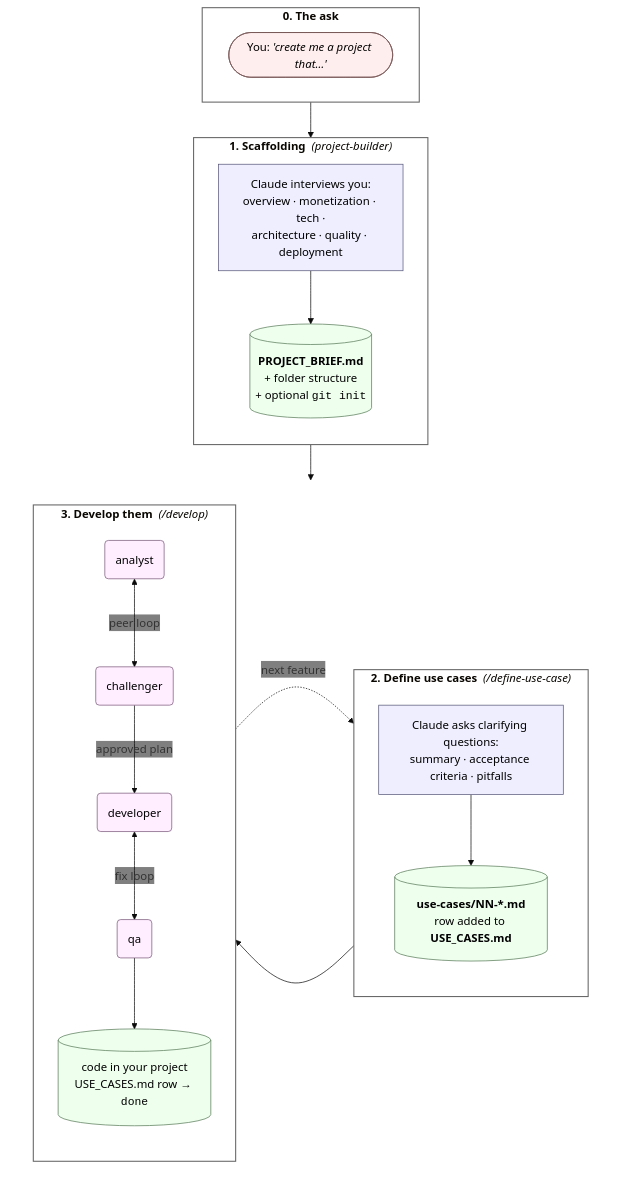
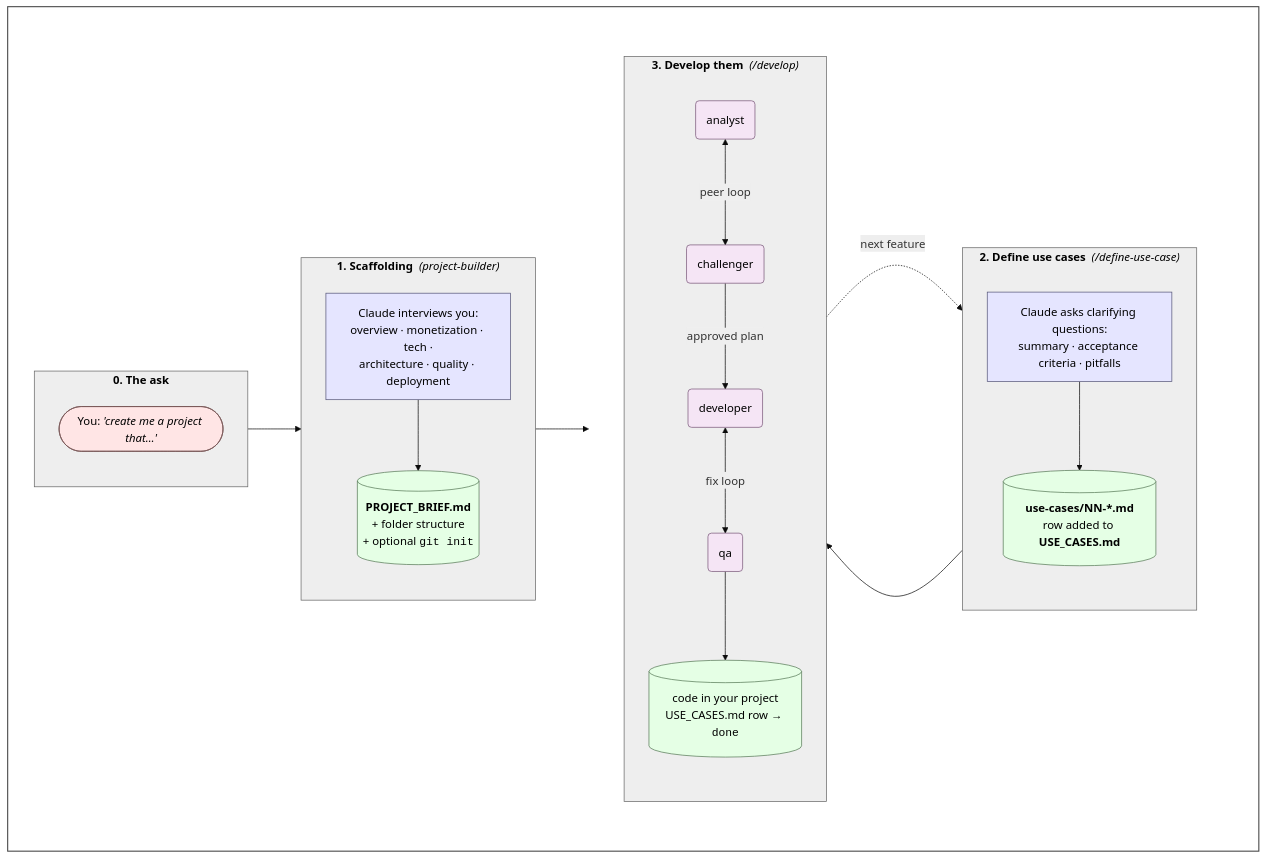
The diagram in README.md (HaroldHormaechea/project-builder), drawn with Mermaid before and after one commit.

Commit message:
Improve readme graph

````diff
--- a/README.md
+++ b/README.md
@@ -18,54 +18,59 @@
 ```mermaid
-%%{init: {'theme':'base', 'themeVariables': {'background':'#f4f4f4','edgeLabelBackground':'transparent'}}}%%
+%%{init: {'theme':'base','themeVariables':{'edgeLabelBackground':'#eeeeee'}}}%%
 flowchart TB
 
-    subgraph p0 ["<b>0. The ask</b>"]
-      user(["You: <i>'create me a project that…'</i>"])
+    subgraph all [" "]
+
+      subgraph p0 ["<b>0. The ask</b>"]
+        user(["You: <i>'create me a project that…'</i>"])
+      end
+
+      p0 --> p1
+
+      subgraph p1 ["<b>1. Scaffolding</b> &nbsp;<i>(project-builder)</i>"]
+        direction TB
+        interview1["Claude interviews you:<br/>overview · monetization · tech ·<br/>architecture · quality · deployment"]
+        interview1 --> brief[("<b>PROJECT_BRIEF.md</b><br/>+ folder structure<br/>+ optional <code>git init</code>")]
+      end
+
+      p1 --> p2
+
+      subgraph build_loop [" "]
+        direction LR
+
+        subgraph p2 ["<b>2. Define use cases</b> &nbsp;<i>(/define-use-case)</i>"]
+          direction TB
+          interview2["Claude asks clarifying questions:<br/>summary · acceptance criteria · pitfalls"]
+          interview2 --> ucfile[("<b>use-cases/NN-*.md</b><br/>row added to <b>USE_CASES.md</b>")]
+        end
+
+        subgraph p3 ["<b>3. Develop them</b> &nbsp;<i>(/develop)</i>"]
+          direction TB
+          analyst(analyst) <-->|peer loop| challenger(challenger)
+          challenger -->|approved plan| developer(developer)
+          developer <-->|fix loop| qa(qa)
+          qa --> code[("code in your project<br/>USE_CASES.md row → <code>done</code>")]
+        end
+
+        p2 --> p3
+        p3 -.->|next feature| p2
+      end
+
     end
 
-    p0 --> p1
-
-    subgraph p1 ["<b>1. Scaffolding</b> &nbsp;<i>(project-builder)</i>"]
-      direction TB
-      interview1["Claude interviews you:<br/>overview · monetization · tech ·<br/>architecture · quality · deployment"]
-      interview1 --> brief[("<b>PROJECT_BRIEF.md</b><br/>+ folder structure<br/>+ optional <code>git init</code>")]
-    end
-
-    p1 --> p2
-
-    subgraph build_loop [" "]
-      direction LR
-
-      subgraph p2 ["<b>2. Define use cases</b> &nbsp;<i>(/define-use-case)</i>"]
-        direction TB
-        interview2["Claude asks clarifying questions:<br/>summary · acceptance criteria · pitfalls"]
-        interview2 --> ucfile[("<b>use-cases/NN-*.md</b><br/>row added to <b>USE_CASES.md</b>")]
-      end
-
-      subgraph p3 ["<b>3. Develop them</b> &nbsp;<i>(/develop)</i>"]
-        direction TB
-        analyst(analyst) <-->|peer loop| challenger(challenger)
-        challenger -->|approved plan| developer(developer)
-        developer <-->|fix loop| qa(qa)
-        qa --> code[("code in your project<br/>USE_CASES.md row → <code>done</code>")]
-      end
-
-      p2 --> p3
-      p3 -.->|next feature| p2
-    end
-
-    classDef start fill:#fee,stroke:#755,stroke-width:1px,color:#000;
-    classDef step fill:#eef,stroke:#557,stroke-width:1px,color:#000;
-    classDef artifact fill:#efe,stroke:#575,stroke-width:1px,color:#000;
-    classDef agent fill:#fef,stroke:#757,stroke-width:1px,color:#000;
+    classDef start fill:#ffe5e5,stroke:#755,stroke-width:1px,color:#000;
+    classDef step fill:#e5e5ff,stroke:#557,stroke-width:1px,color:#000;
+    classDef artifact fill:#e5ffe5,stroke:#575,stroke-width:1px,color:#000;
+    classDef agent fill:#f5e5f5,stroke:#757,stroke-width:1px,color:#000;
     class user start;
     class interview1,interview2 step;
     class brief,ucfile,code artifact;
     class analyst,challenger,developer,qa agent;
 
-    style p0 fill:#ffffff,stroke:#666,stroke-width:1.5px;
-    style p1 fill:#ffffff,stroke:#666,stroke-width:1.5px;
-    style p2 fill:#ffffff,stroke:#666,stroke-width:1.5px;
-    style p3 fill:#ffffff,stroke:#666,stroke-width:1.5px;
+    style all fill:#ffffff,stroke:#444,stroke-width:1.5px,color:#000;
+    style p0 fill:#eeeeee,stroke:#666,stroke-width:1px,color:#000;
+    style p1 fill:#eeeeee,stroke:#666,stroke-width:1px,color:#000;
+    style p2 fill:#eeeeee,stroke:#666,stroke-width:1px,color:#000;
+    style p3 fill:#eeeeee,stroke:#666,stroke-width:1px,color:#000;
     style build_loop fill:none,stroke:none;
 ```
````
